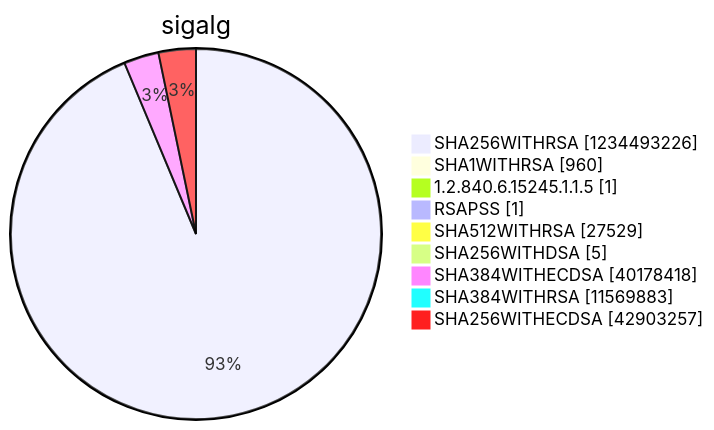
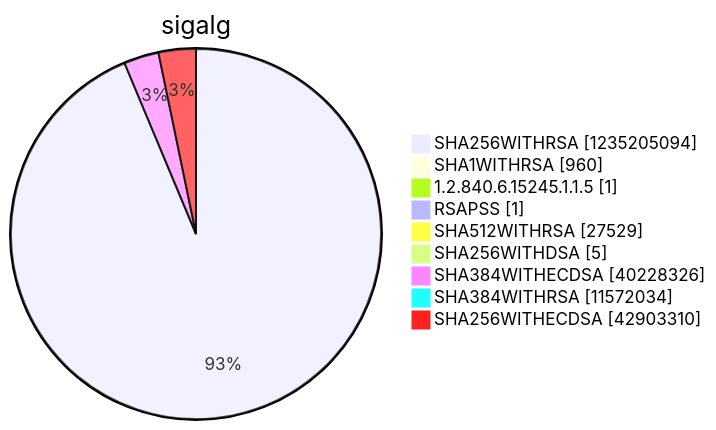
One commit to christiankrug/ctmonitor_visualization changed diagram 15 of 15 in argon2022/README.md. Above: the diagram before and after it, drawn with Mermaid. The commit also changed other lines of this file, not shown here.

````diff
--- a/argon2022/README.md
+++ b/argon2022/README.md
@@ -5522,13 +5522,13 @@
 ```mermaid
 pie showData
 title sigalg
-"SHA256WITHRSA" :1234493226
+"SHA256WITHRSA" :1235205094
 "SHA1WITHRSA" :960
 "1.2.840.6.15245.1.1.5" :1
 "RSAPSS" :1
 "SHA512WITHRSA" :27529
 "SHA256WITHDSA" :5
-"SHA384WITHECDSA" :40178418
-"SHA384WITHRSA" :11569883
-"SHA256WITHECDSA" :42903257
+"SHA384WITHECDSA" :40228326
+"SHA384WITHRSA" :11572034
+"SHA256WITHECDSA" :42903310
 ```
````
